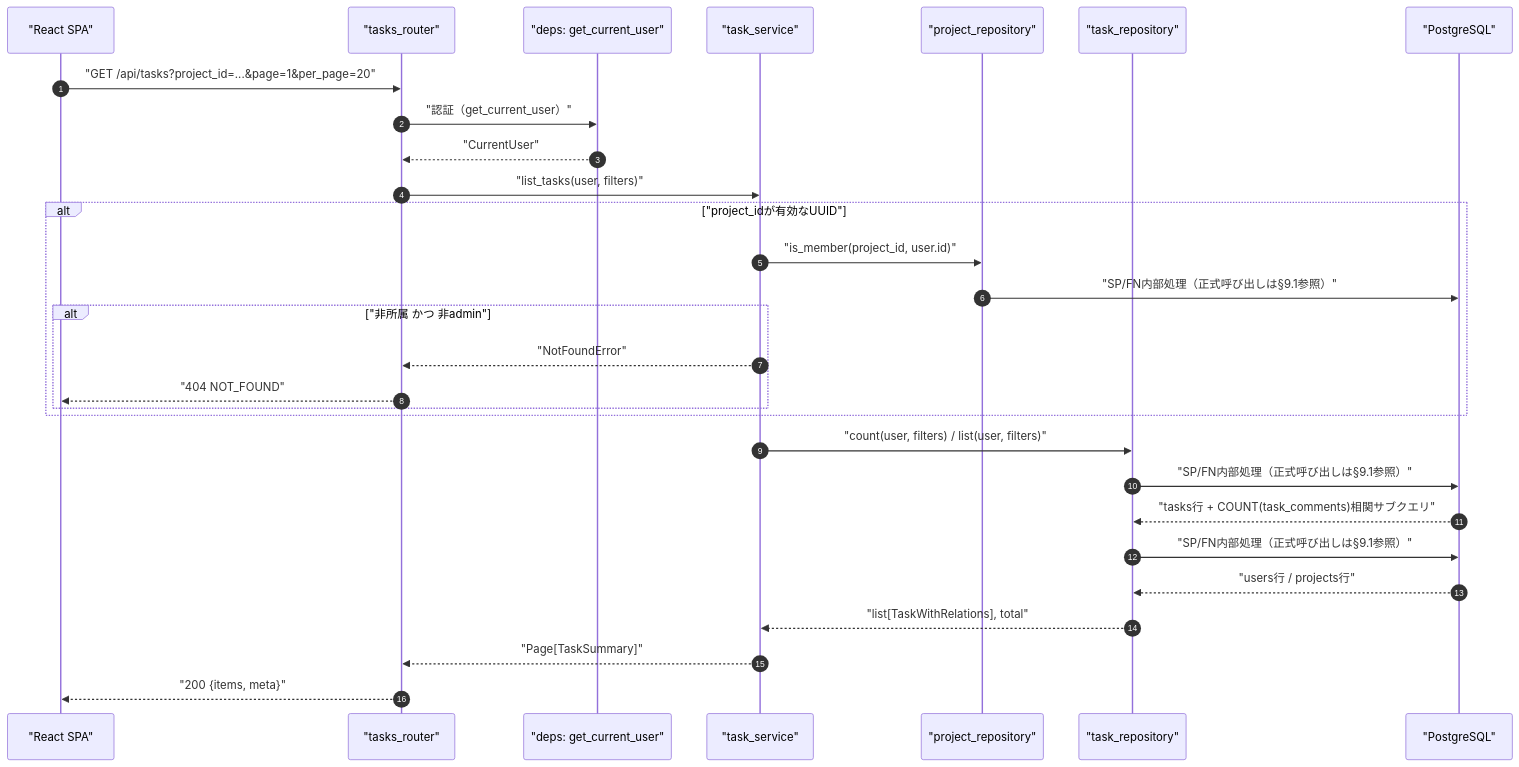
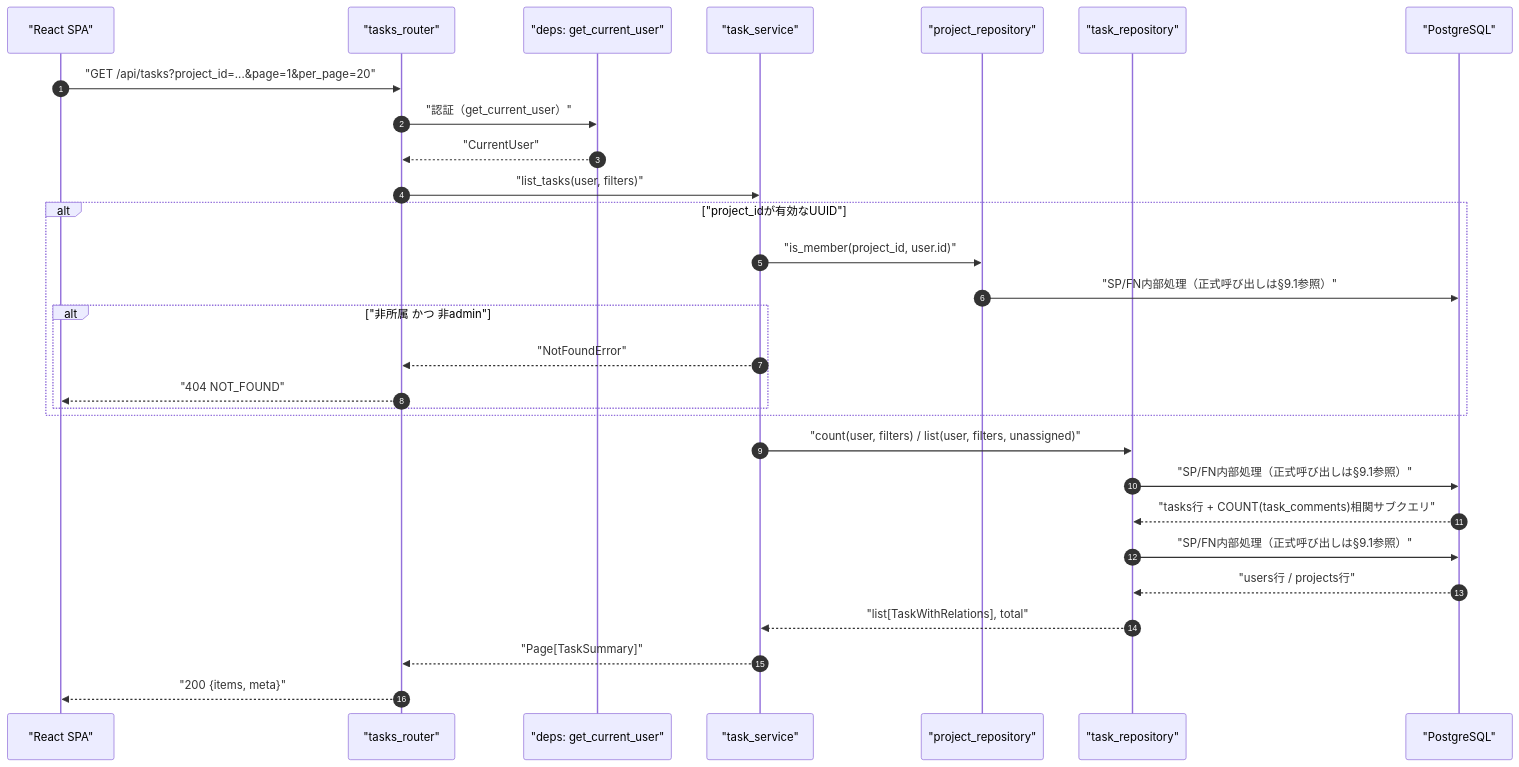
Before and after one commit to oikawa-d/task_management: the first of 4 diagrams in docs/detailed_design/api/tasks/10_get_tasks.md, drawn with Mermaid. The commit also changed other lines of this file and 14 other files, not shown here.

````diff
--- a/docs/detailed_design/api/tasks/10_get_tasks.md
+++ b/docs/detailed_design/api/tasks/10_get_tasks.md
@@ -121,32 +121,32 @@
 ```mermaid
 sequenceDiagram
     autonumber
     participant FE as "React SPA"
     participant R as "tasks_router"
     participant D as "deps: get_current_user"
     participant S as "task_service"
     participant PR as "project_repository"
     participant TR as "task_repository"
     participant PG as "PostgreSQL"
 
     FE->>R: "GET /api/tasks?project_id=...&page=1&per_page=20"
     R->>D: "認証（get_current_user）"
     D-->>R: "CurrentUser"
     R->>S: "list_tasks(user, filters)"
     alt "project_idが有効なUUID"
         S->>PR: "is_member(project_id, user.id)"
         PR->>PG: "SP/FN内部処理（正式呼び出しは§9.1参照）"
         alt "非所属 かつ 非admin"
             S-->>R: "NotFoundError"
             R-->>FE: "404 NOT_FOUND"
         end
     end
-    S->>TR: "count(user, filters) / list(user, filters)"
+    S->>TR: "count(user, filters) / list(user, filters, unassigned)"
     TR->>PG: "SP/FN内部処理（正式呼び出しは§9.1参照）"
     PG-->>TR: "tasks行 + COUNT(task_comments)相関サブクエリ"
     TR->>PG: "SP/FN内部処理（正式呼び出しは§9.1参照）"
     PG-->>TR: "users行 / projects行"
     TR-->>S: "list[TaskWithRelations], total"
     S-->>R: "Page[TaskSummary]"
     R-->>FE: "200 {items, meta}"
 ```
````
